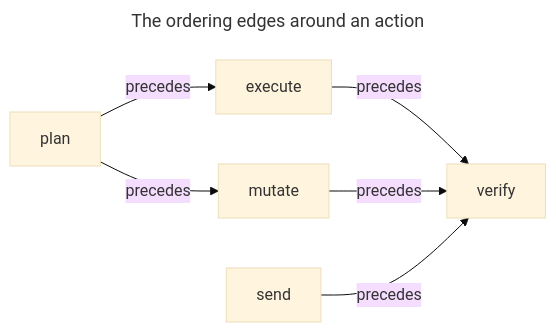
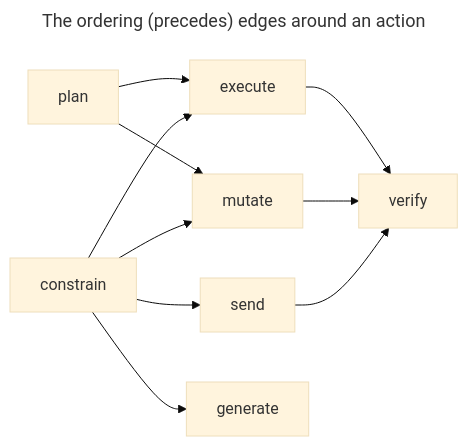
The second of 7 diagrams in spec/SECURITY.md (synaptiai/agent-capability-standard), drawn with Mermaid (base theme) before and after one commit. The commit also changed other lines of this file and 50 other files, not shown here.

````diff
--- a/spec/SECURITY.md
+++ b/spec/SECURITY.md
@@ -41,9 +41,10 @@
 ```mermaid
 ---
-title: The ordering edges around an action
+title: The ordering (precedes) edges around an action
 ---
 flowchart LR
-  accDescr: A plan, when present, comes before execute and mutate, and verify comes after the action it checks; both are precedes edges.
-  plan -->|precedes| execute & mutate
-  execute & mutate & send -->|precedes| verify
+  accDescr: A plan, when present, comes before execute and mutate; a constrain, when present, comes before execute, mutate, send and generate; and verify comes after the action it checks. All are precedes edges.
+  plan --> execute & mutate
+  constrain --> execute & mutate & send & generate
+  execute & mutate & send --> verify
 ```
````
